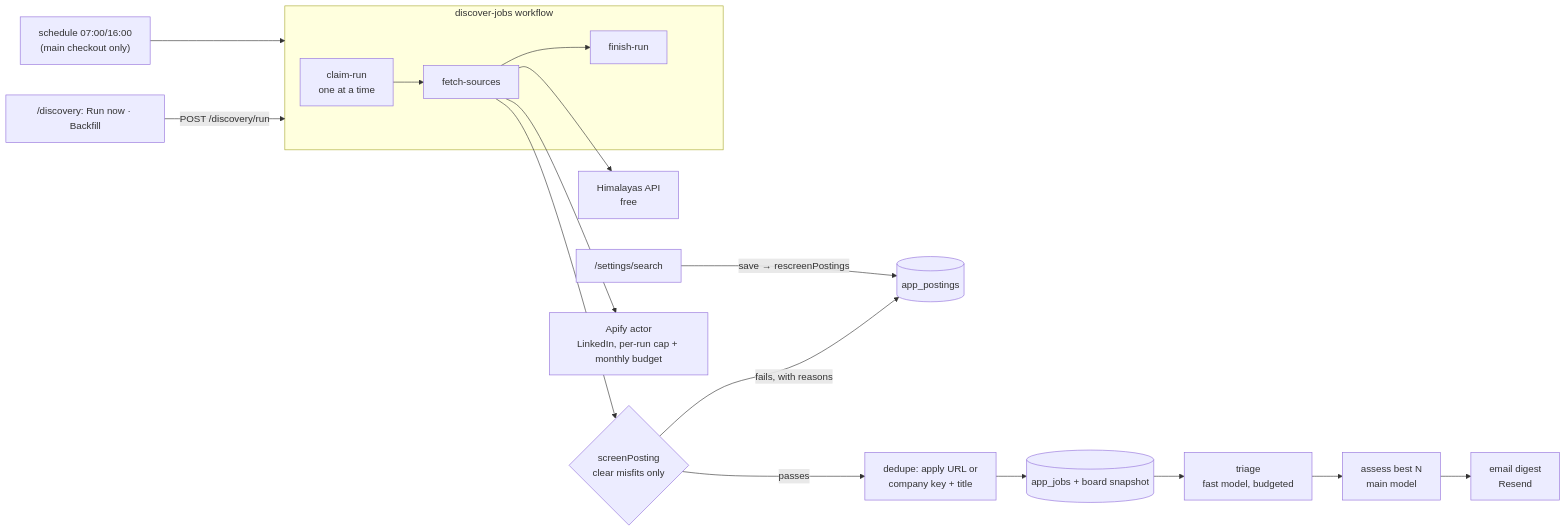
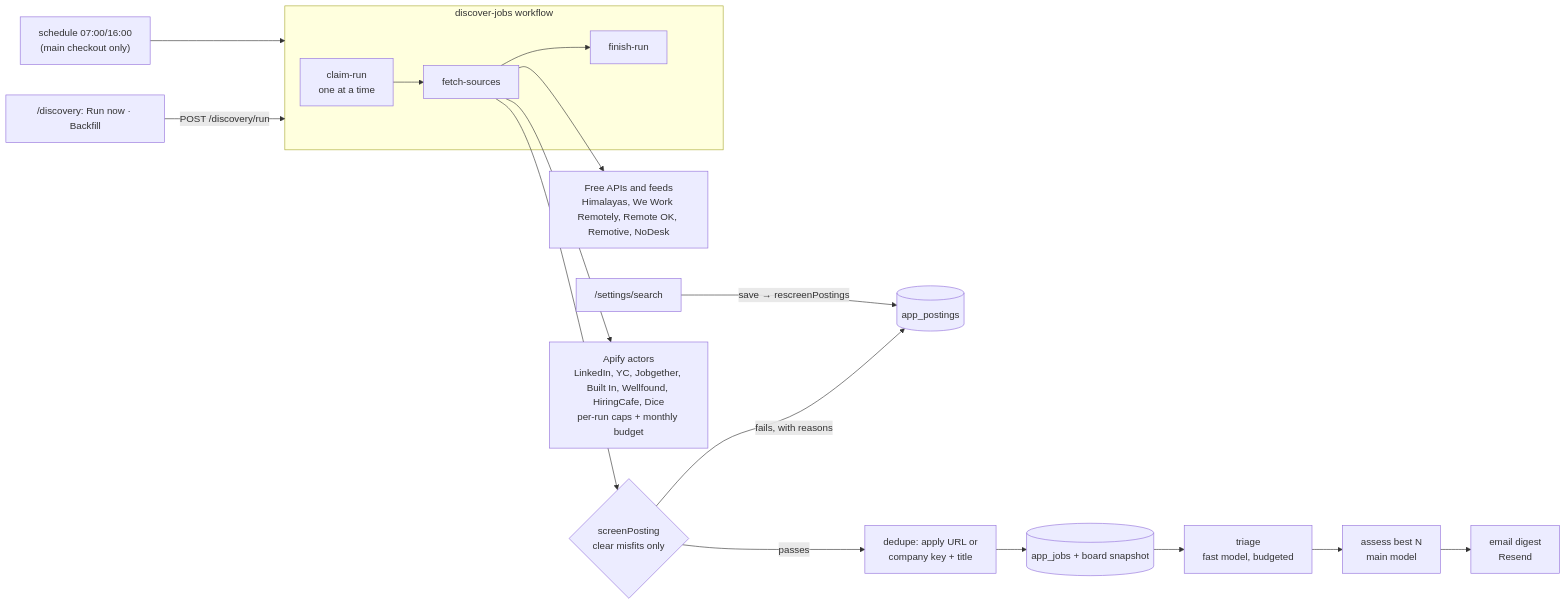
One commit to pppdns/job-agent-mastra changed diagram 11 of 14 in docs/architecture.md. Above: the diagram before and after it, drawn with Mermaid. The commit also changed 15 other files, not shown here.

````diff
--- a/docs/architecture.md
+++ b/docs/architecture.md
@@ -322,15 +322,15 @@
 ```mermaid
 flowchart LR
   CRON["schedule 07:00/16:00<br/>(main checkout only)"] --> WF
   RUN["/discovery: Run now · Backfill"] -->|POST /discovery/run| WF
   subgraph WF[discover-jobs workflow]
     C[claim-run<br/>one at a time] --> F[fetch-sources] --> X[finish-run]
   end
-  F --> HIM[Himalayas API<br/>free]
-  F --> APIFY[Apify actor<br/>LinkedIn, per-run cap + monthly budget]
+  F --> HIM[Free APIs and feeds<br/>Himalayas, We Work Remotely, Remote OK, Remotive, NoDesk]
+  F --> APIFY[Apify actors<br/>LinkedIn, YC, Jobgether, Built In, Wellfound, HiringCafe, Dice<br/>per-run caps + monthly budget]
   F --> SCR{screenPosting<br/>clear misfits only}
   SCR -->|fails, with reasons| PO[(app_postings)]
   SCR -->|passes| DD[dedupe: apply URL or<br/>company key + title] --> J[(app_jobs + board snapshot)]
   J --> TRI[triage<br/>fast model, budgeted] --> ASS[assess best N<br/>main model] --> MAIL[email digest<br/>Resend]
   SET["/settings/search"] -->|save → rescreenPostings| PO
 ```
````
